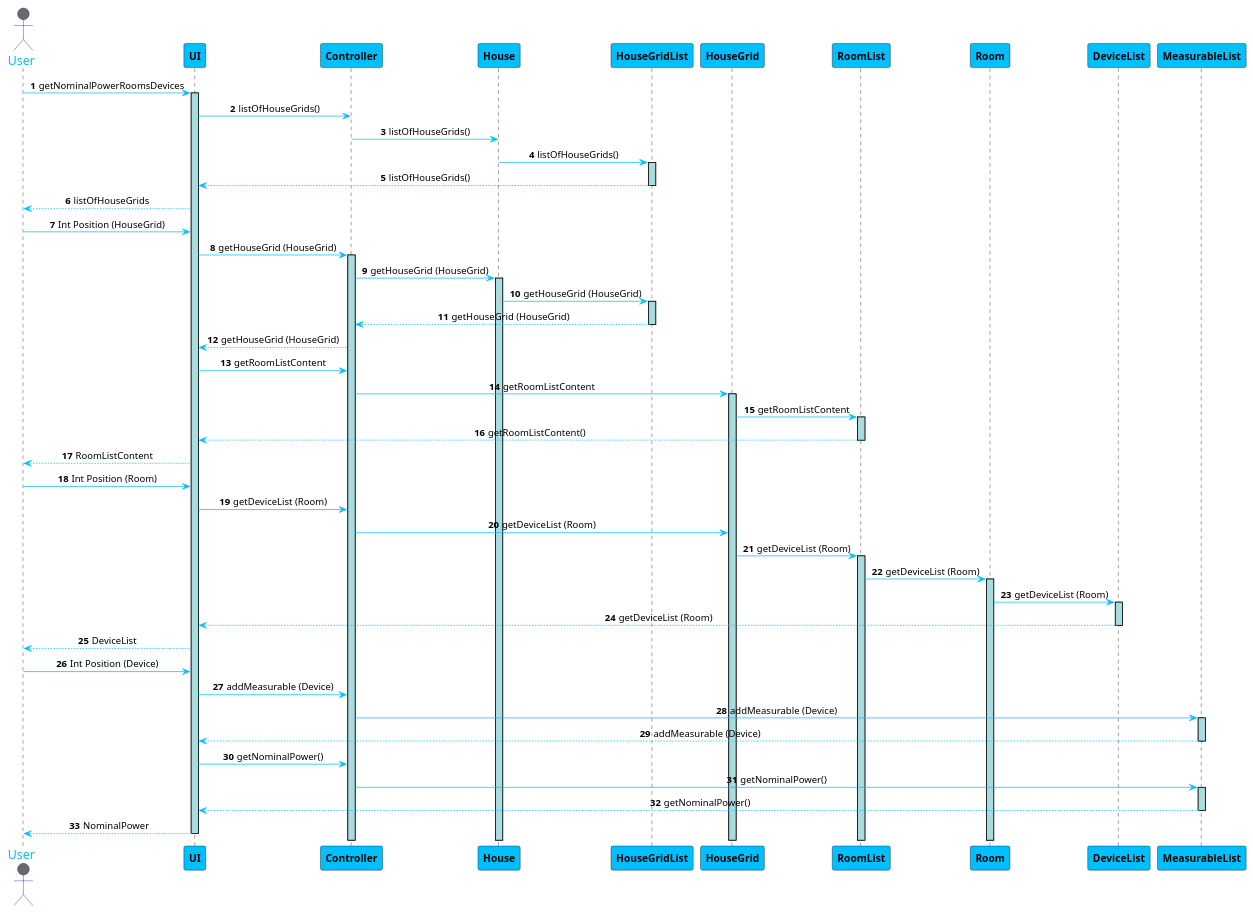
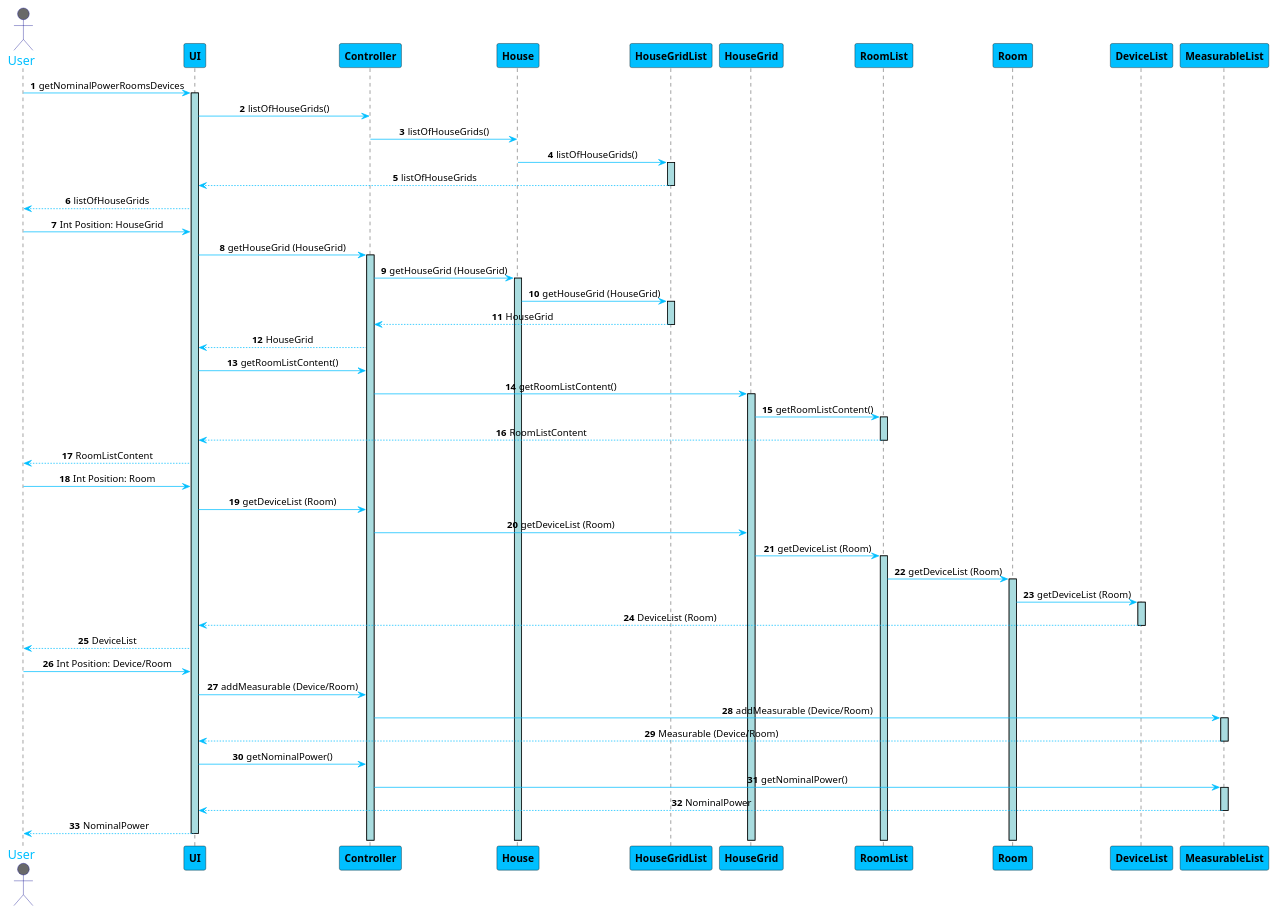
The diagram in src/Docs/GetNominalPowerRoomsDevices.puml (1181687/hateoasToy), drawn with PlantUML before and after one commit. The commit also changed 1 other file, not shown here.

Commit message:
Changes to Sequence Diagrams (GetListOfDevicesRoom and GetNominalPowerRoomsDevices)

```diff
--- a/src/Docs/GetNominalPowerRoomsDevices.puml
+++ b/src/Docs/GetNominalPowerRoomsDevices.puml
@@ -1,74 +1,74 @@
 @startuml
 skinparam sequenceMessageAlign center
 skinparam sequence {
 	ArrowColor DeepSkyBlue
 	ActorBorderColor DarkBlue
 	LifeLineBorderColor black
 	LifeLineBackgroundColor #A9DCDF
 
 	ParticipantBorderColor Black
 	ParticipantBackgroundColor DeepSkyBlue
 	ParticipantFontStyle Bold
 
 	ActorBackgroundColor DimGrey
 	ActorFontColor DeepSkyBlue
 	ActorFontSize 17
 	ActorFontName Aapex
 }
 
 autonumber
 actor User
 User -> UI: getNominalPowerRoomsDevices
 activate UI
 UI -> Controller: listOfHouseGrids()
 
 Controller -> House: listOfHouseGrids()
 House -> HouseGridList: listOfHouseGrids()
 activate HouseGridList
-UI <-- HouseGridList: listOfHouseGrids()
+UI <-- HouseGridList: listOfHouseGrids
 deactivate HouseGridList
 User <-- UI: listOfHouseGrids
-User -> UI: Int Position (HouseGrid)
+User -> UI: Int Position: HouseGrid
 UI -> Controller: getHouseGrid (HouseGrid)
 activate Controller
 Controller -> House: getHouseGrid (HouseGrid)
 activate House
 House -> HouseGridList: getHouseGrid (HouseGrid)
 activate HouseGridList
-Controller <-- HouseGridList: getHouseGrid (HouseGrid)
+Controller <-- HouseGridList: HouseGrid
 deactivate HouseGridList
-UI <-- Controller: getHouseGrid (HouseGrid)
-UI -> Controller: getRoomListContent
-Controller -> HouseGrid: getRoomListContent
+UI <-- Controller: HouseGrid
+UI -> Controller: getRoomListContent()
+Controller -> HouseGrid: getRoomListContent()
 activate HouseGrid
-HouseGrid -> RoomList: getRoomListContent
+HouseGrid -> RoomList: getRoomListContent()
 activate RoomList
-UI <-- RoomList: getRoomListContent()
+UI <-- RoomList: RoomListContent
 deactivate RoomList
 User <-- UI: RoomListContent
-User -> UI: Int Position (Room)
+User -> UI: Int Position: Room
 UI -> Controller: getDeviceList (Room)
 Controller -> HouseGrid: getDeviceList (Room)
 HouseGrid -> RoomList: getDeviceList (Room)
 activate RoomList
 RoomList -> Room: getDeviceList (Room)
 activate Room
 Room -> DeviceList: getDeviceList (Room)
 activate DeviceList
-UI <-- DeviceList: getDeviceList (Room)
+UI <-- DeviceList: DeviceList (Room)
 deactivate DeviceList
 User <-- UI: DeviceList
-User -> UI: Int Position (Device)
-UI -> Controller: addMeasurable (Device)
-Controller -> MeasurableList: addMeasurable (Device)
+User -> UI: Int Position: Device/Room
+UI -> Controller: addMeasurable (Device/Room)
+Controller -> MeasurableList: addMeasurable (Device/Room)
 activate MeasurableList
-UI <-- MeasurableList: addMeasurable (Device)
+UI <-- MeasurableList: Measurable (Device/Room)
 deactivate MeasurableList
 UI -> Controller:  getNominalPower()
 Controller -> MeasurableList: getNominalPower()
 activate MeasurableList
-UI <-- MeasurableList: getNominalPower()
+UI <-- MeasurableList: NominalPower
 deactivate MeasurableList
 User <-- UI: NominalPower
 deactivate UI
 @enduml
```
